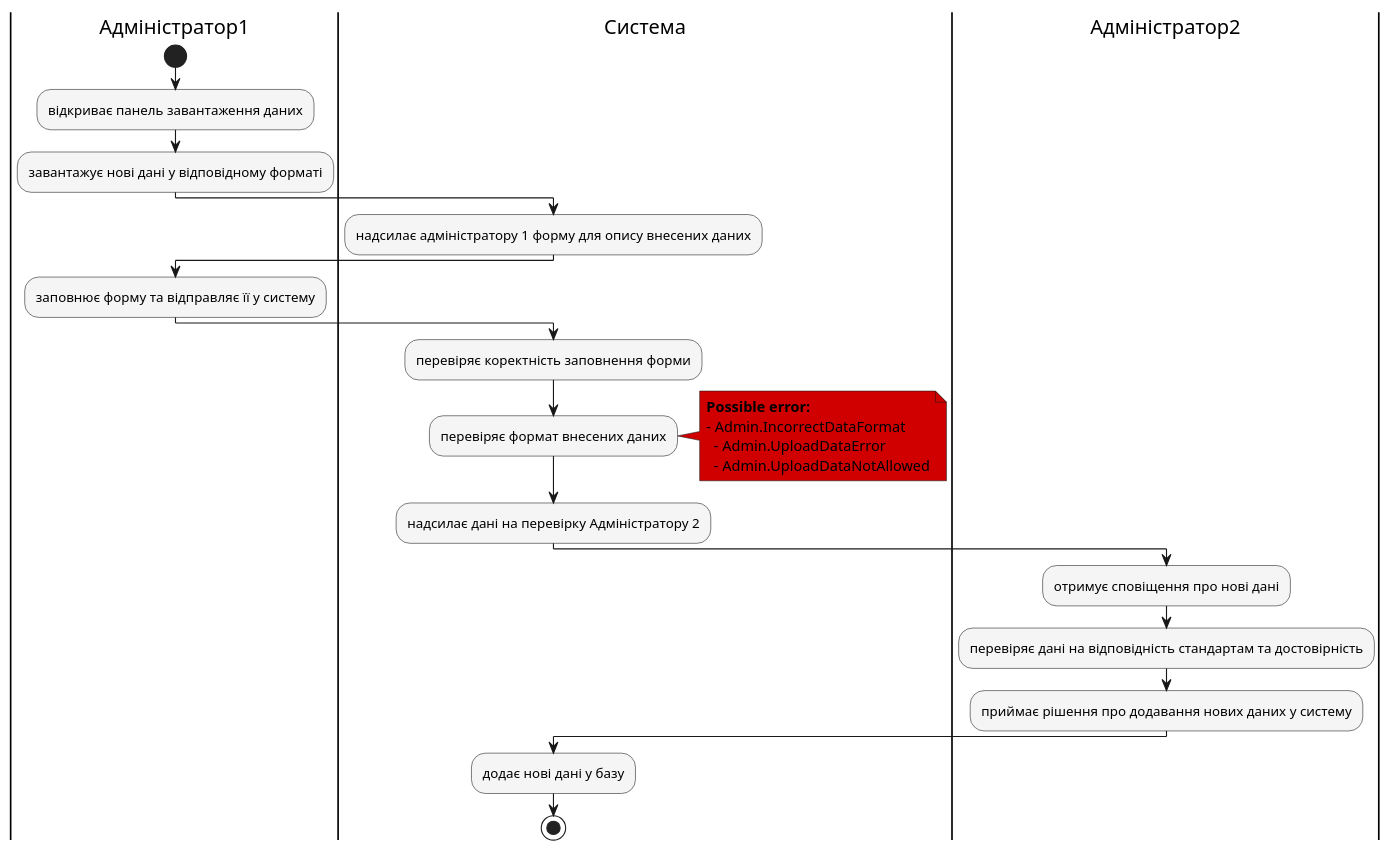
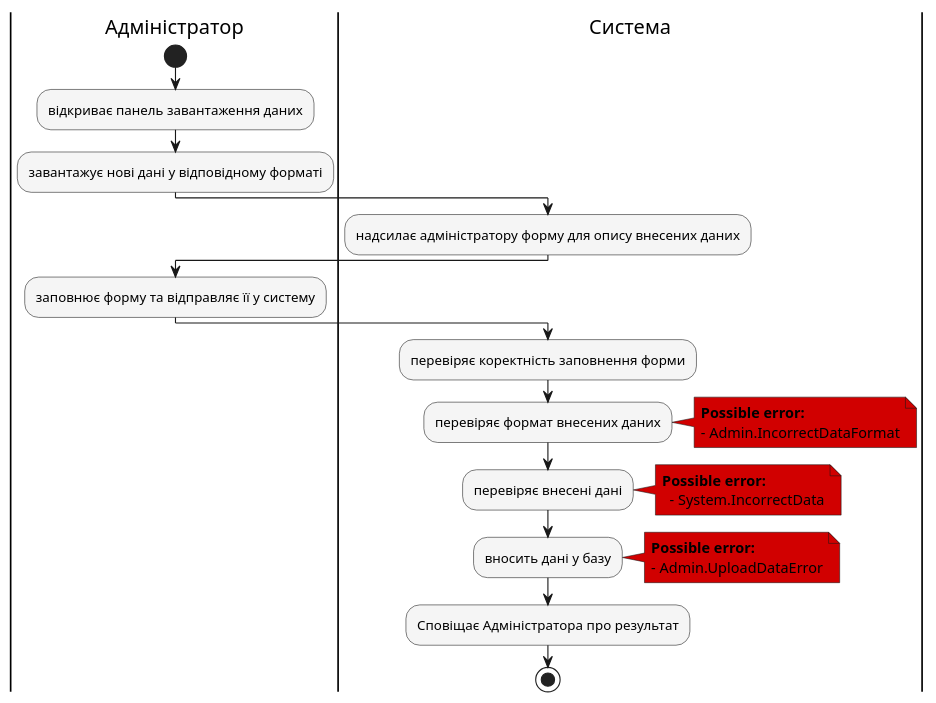
One commit to panther21Lw/db_labs_io31 changed diagram 23 of 25 in docs/use cases/README.md. Above: the diagram before and after it, drawn with PlantUML. The commit also changed other lines of this file and 1 other file, not shown here.

Commit message:
Change logic of three last use-cases for admin

```diff
--- a/docs/use cases/README.md
+++ b/docs/use cases/README.md
@@ -823,30 +823,32 @@
 @startuml
-
+    
     skinparam ActivityBackgroundColor #f5f5f5
-    |Адміністратор1|
+    |Адміністратор|
     start
     :відкриває панель завантаження даних;
     :завантажує нові дані у відповідному форматі;
     |Система|
-    :надсилає адміністратору 1 форму для опису внесених даних;
-    |Адміністратор1|
+    :надсилає адміністратору форму для опису внесених даних;
+    |Адміністратор|
     :заповнює форму та відправляє її у систему;
     |Система|
     :перевіряє коректність заповнення форми;
     :перевіряє формат внесених даних;
     note right #d10000
     <b>Possible error:
     - Admin.IncorrectDataFormat
+    end note
+    :перевіряє внесені дані;
+    note right #d10000
+    <b>Possible error:
+      - System.IncorrectData
+      end note
+      :вносить дані у базу;
+      note right #d10000
+      <b>Possible error:
       - Admin.UploadDataError
-      - Admin.UploadDataNotAllowed
       end note
-      :надсилає дані на перевірку Адміністратору 2;
-      |Адміністратор2|
-      :отримує сповіщення про нові дані;
-      :перевіряє дані на відповідність стандартам та достовірність;
-      :приймає рішення про додавання нових даних у систему;
-      |Система|
-      :додає нові дані у базу;
+      :Сповіщає Адміністратора про результат;
       stop
 
 @enduml
```
